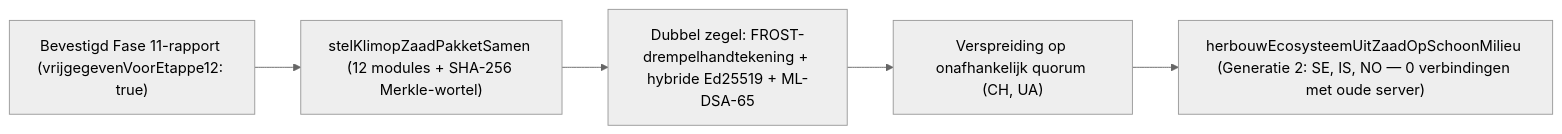
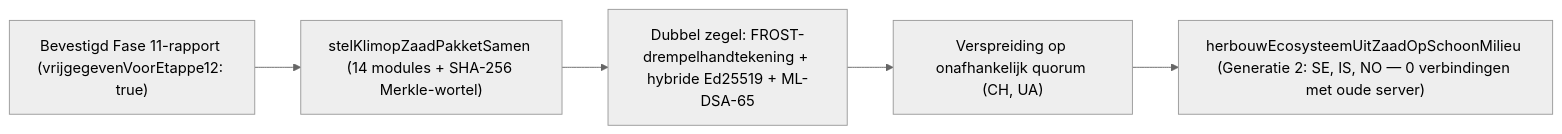
One commit to Tarasevych/hub changed the diagram in docs/hub/KLIMOP-FASE-12-ZADEN-OPVOLGING-EN-DUURZAME-ONTWIKKELING.nl.md. Above: the diagram before and after it, drawn with Mermaid (neutral theme). The commit also changed other lines of this file and 65 other files, not shown here.

````diff
--- a/docs/hub/KLIMOP-FASE-12-ZADEN-OPVOLGING-EN-DUURZAME-ONTWIKKELING.nl.md
+++ b/docs/hub/KLIMOP-FASE-12-ZADEN-OPVOLGING-EN-DUURZAME-ONTWIKKELING.nl.md
@@ -19,7 +19,7 @@
 ```mermaid
 flowchart LR
-  A["Bevestigd Fase 11-rapport (vrijgegevenVoorEtappe12: true)"] --> Z["stelKlimopZaadPakketSamen (12 modules + SHA-256 Merkle-wortel)"]
+  A["Bevestigd Fase 11-rapport (vrijgegevenVoorEtappe12: true)"] --> Z["stelKlimopZaadPakketSamen (14 modules + SHA-256 Merkle-wortel)"]
   Z --> P["Dubbel zegel: FROST-drempelhandtekening + hybride Ed25519 + ML-DSA-65"]
   P --> Q["Verspreiding op onafhankelijk quorum (CH, UA)"]
   Q --> H["herbouwEcosysteemUitZaadOpSchoonMilieu (Generatie 2: SE, IS, NO — 0 verbindingen met oude server)"]
 ```
````
